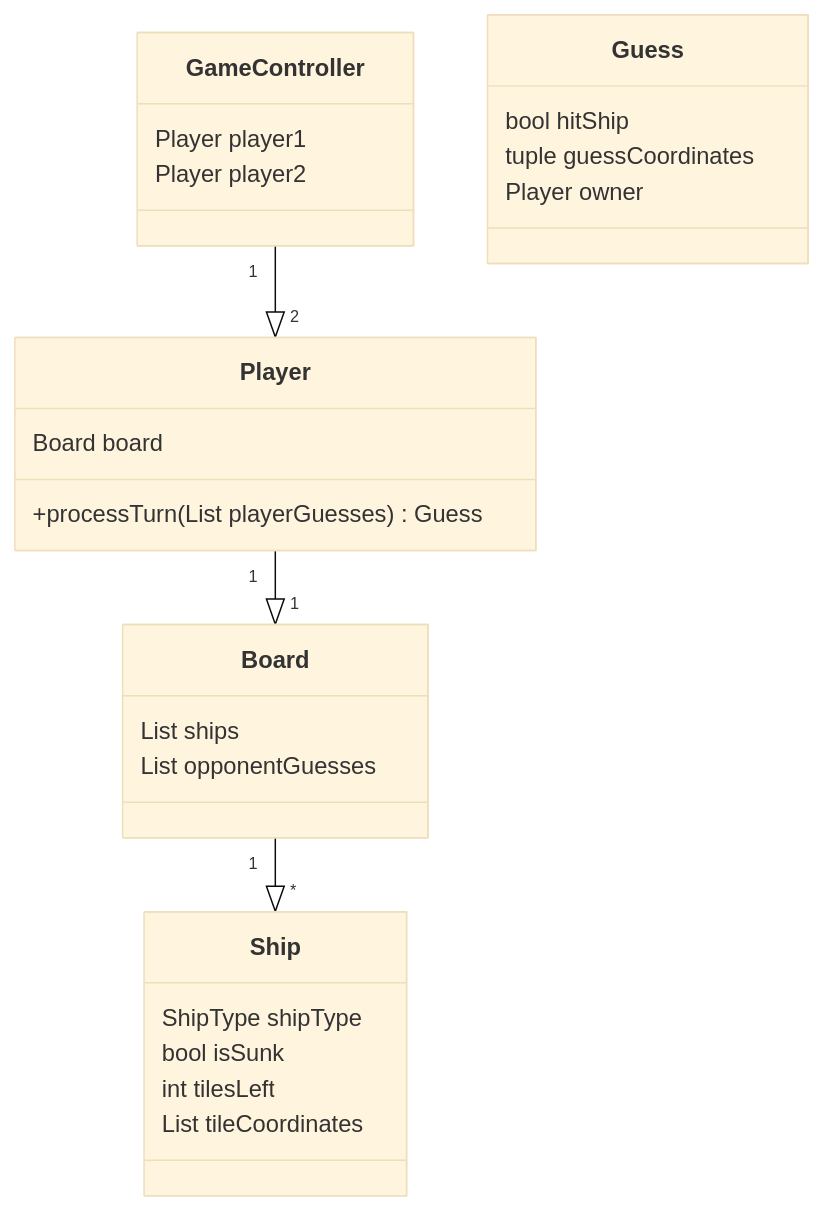
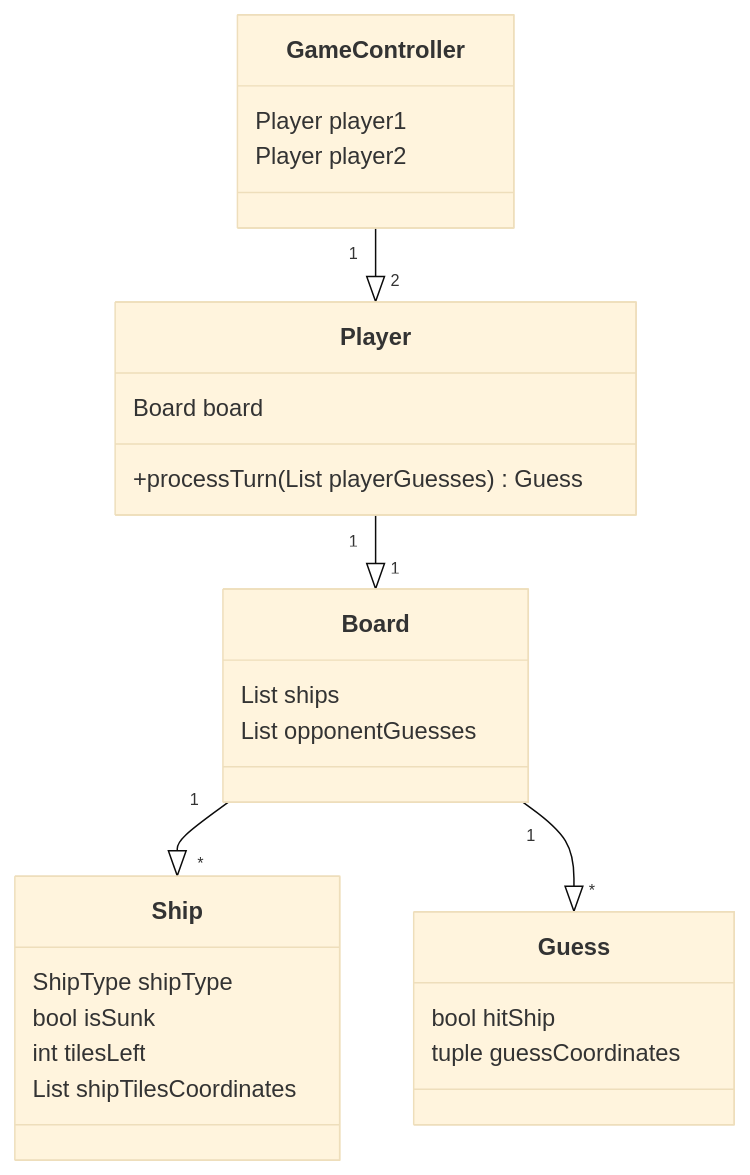
One commit to BlueShiftButterfly/Ohjelmistotekniikka changed the diagram in laivanupotuspeli/dokumentaatio/arkkitehtuuri.md. Above: the diagram before and after it, drawn with Mermaid (base theme).

Commit message:
Updated diagram

````diff
--- a/laivanupotuspeli/dokumentaatio/arkkitehtuuri.md
+++ b/laivanupotuspeli/dokumentaatio/arkkitehtuuri.md
@@ -5,31 +5,31 @@
 ```mermaid
  classDiagram
 
     Player "1" --|> "1" Board
     Board "1" --|> "*" Ship
+    Board "1" --|> "*" Guess
     GameController "1" --|> "2" Player
 
     class Guess{
         bool hitShip
         tuple guessCoordinates
-        Player owner
     }
     class Player{
         Board board
         +processTurn(List<Guess> playerGuesses) Guess
     }
     class Ship{
         ShipType shipType
         bool isSunk
         int tilesLeft
-        List<tuple> tileCoordinates
+        List<tuple> shipTilesCoordinates
     }
     class Board{
         List<Ship> ships
         List<Guess> opponentGuesses
     }
     class GameController {
         Player player1        
         Player player2
     }
 ```
````
